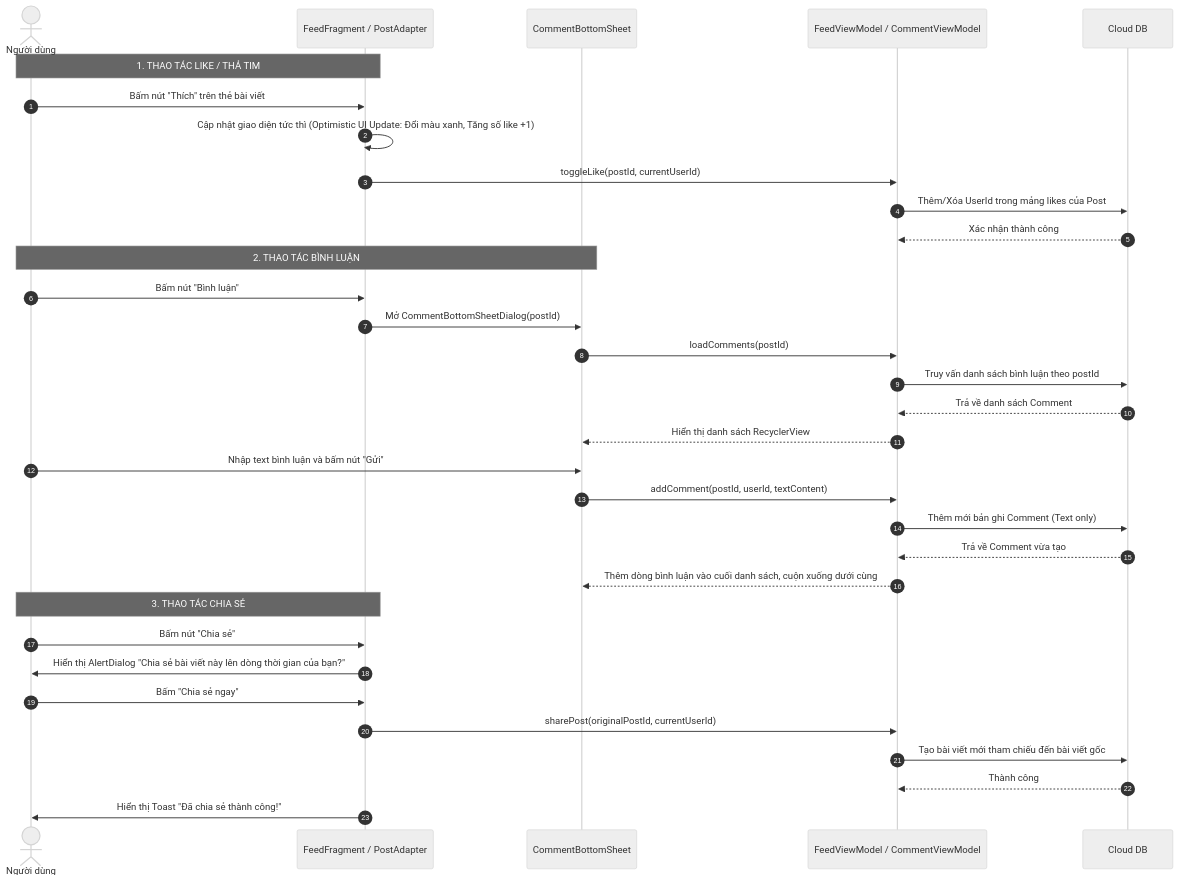
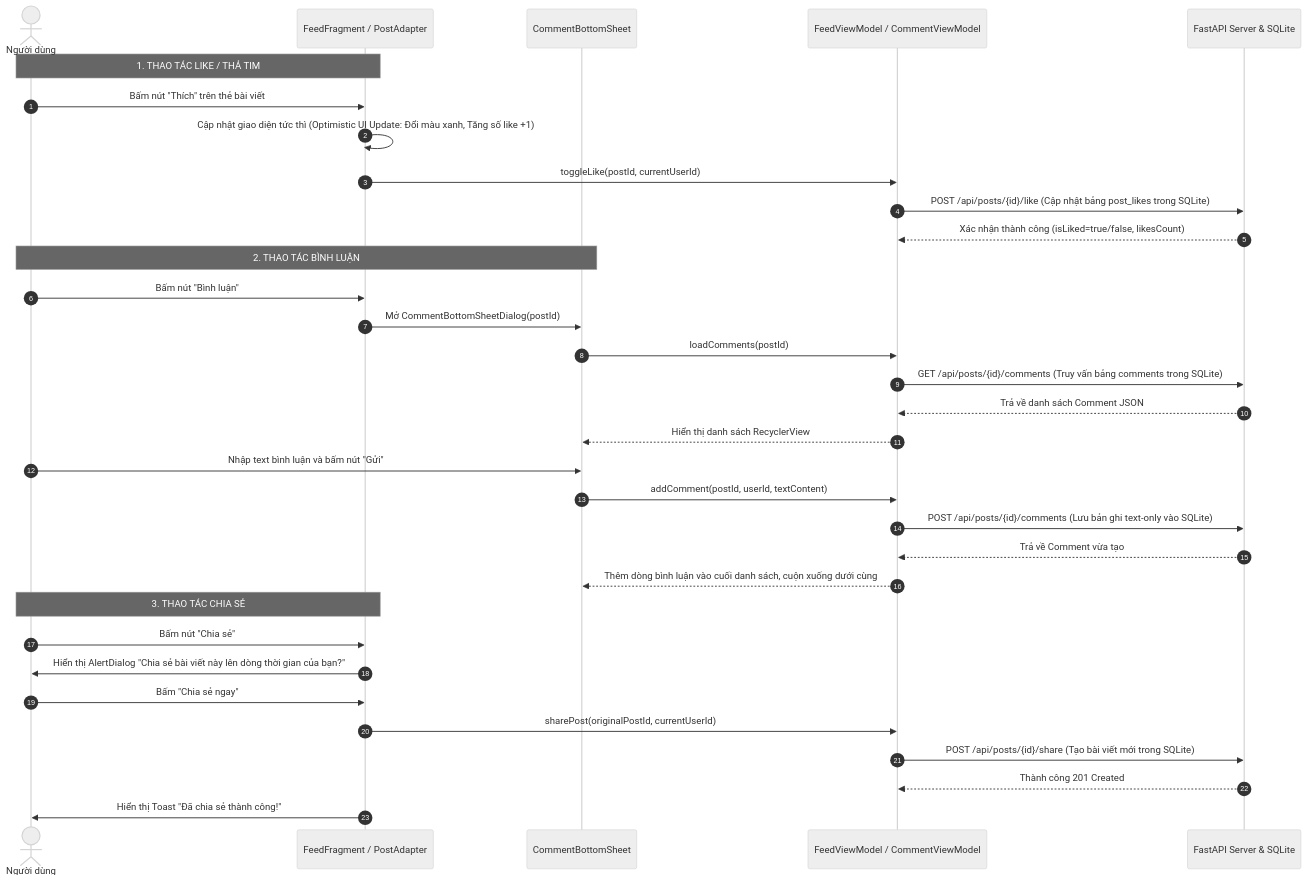
The third of 5 diagrams in docs/04_USER_FLOW.md (b4ck12/Facebook_Client), drawn with Mermaid (neutral theme) before and after one commit. The commit also changed other lines of this file and 14 other files, not shown here.

Commit message:
feat(docs): cahnge to pyhon fast api

````diff
--- a/docs/04_USER_FLOW.md
+++ b/docs/04_USER_FLOW.md
@@ -85,38 +85,38 @@
 ```mermaid
 sequenceDiagram
     autonumber
     actor User as Người dùng
     participant Feed as FeedFragment / PostAdapter
     participant CmtUI as CommentBottomSheet
     participant VM as FeedViewModel / CommentViewModel
-    participant DB as Cloud DB
+    participant Server as FastAPI Server & SQLite
 
     Note over User, Feed: 1. THAO TÁC LIKE / THẢ TIM
     User->>Feed: Bấm nút "Thích" trên thẻ bài viết
     Feed->>Feed: Cập nhật giao diện tức thì (Optimistic UI Update: Đổi màu xanh, Tăng số like +1)
     Feed->>VM: toggleLike(postId, currentUserId)
-    VM->>DB: Thêm/Xóa UserId trong mảng likes của Post
-    DB-->>VM: Xác nhận thành công
+    VM->>Server: POST /api/posts/{id}/like (Cập nhật bảng post_likes trong SQLite)
+    Server-->>VM: Xác nhận thành công (isLiked=true/false, likesCount)
 
     Note over User, CmtUI: 2. THAO TÁC BÌNH LUẬN
     User->>Feed: Bấm nút "Bình luận"
     Feed->>CmtUI: Mở CommentBottomSheetDialog(postId)
     CmtUI->>VM: loadComments(postId)
-    VM->>DB: Truy vấn danh sách bình luận theo postId
-    DB-->>VM: Trả về danh sách Comment
+    VM->>Server: GET /api/posts/{id}/comments (Truy vấn bảng comments trong SQLite)
+    Server-->>VM: Trả về danh sách Comment JSON
     VM-->>CmtUI: Hiển thị danh sách RecyclerView
     User->>CmtUI: Nhập text bình luận và bấm nút "Gửi"
     CmtUI->>VM: addComment(postId, userId, textContent)
-    VM->>DB: Thêm mới bản ghi Comment (Text only)
-    DB-->>VM: Trả về Comment vừa tạo
+    VM->>Server: POST /api/posts/{id}/comments (Lưu bản ghi text-only vào SQLite)
+    Server-->>VM: Trả về Comment vừa tạo
     VM-->>CmtUI: Thêm dòng bình luận vào cuối danh sách, cuộn xuống dưới cùng
 
     Note over User, Feed: 3. THAO TÁC CHIA SẺ
     User->>Feed: Bấm nút "Chia sẻ"
     Feed->>User: Hiển thị AlertDialog "Chia sẻ bài viết này lên dòng thời gian của bạn?"
     User->>Feed: Bấm "Chia sẻ ngay"
     Feed->>VM: sharePost(originalPostId, currentUserId)
-    VM->>DB: Tạo bài viết mới tham chiếu đến bài viết gốc
-    DB-->>VM: Thành công
+    VM->>Server: POST /api/posts/{id}/share (Tạo bài viết mới trong SQLite)
+    Server-->>VM: Thành công 201 Created
     Feed->>User: Hiển thị Toast "Đã chia sẻ thành công!"
 ```
````
